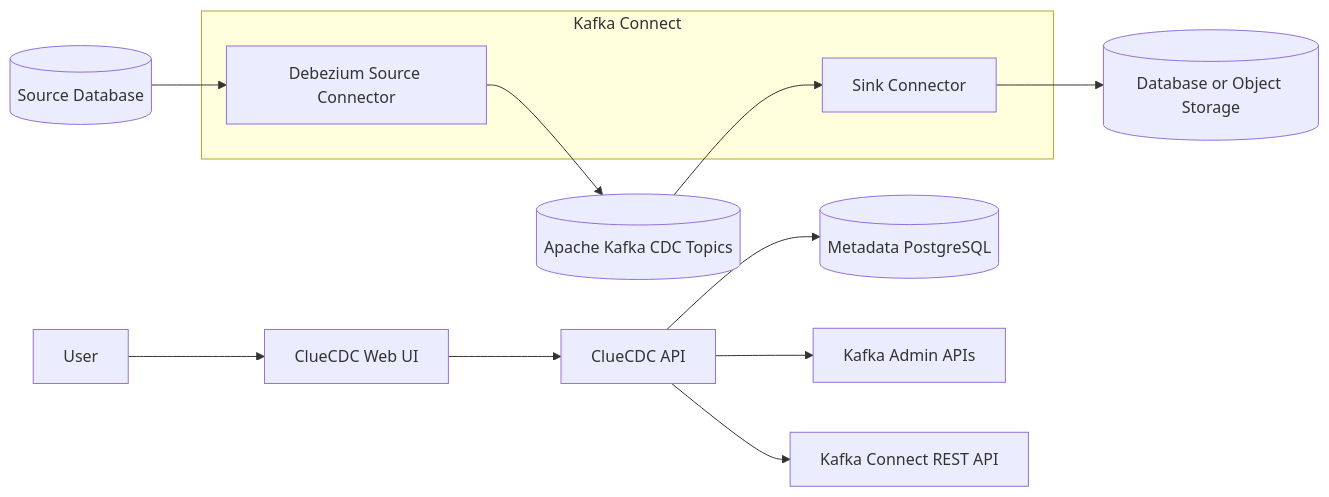
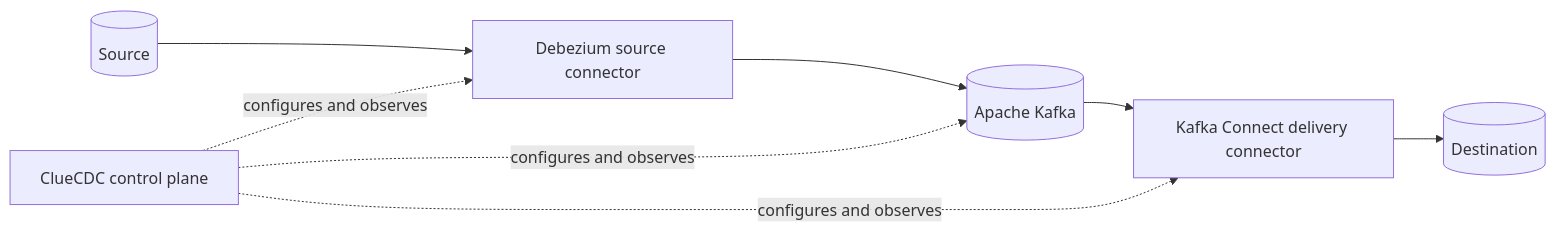
One commit to cluedata/cluecdc changed the diagram in README.md. Above: the diagram before and after it, drawn with Mermaid. The commit also changed other lines of this file and 27 other files, not shown here.

Commit message:
chore: prepare ClueCDC v0.1.0

````diff
--- a/README.md
+++ b/README.md
@@ -19,17 +21,10 @@
 ```mermaid
 flowchart LR
-  User[User] --> UI[ClueCDC Web UI]
-  UI --> API[ClueCDC API]
-  API --> Metadata[(Metadata PostgreSQL)]
-  API --> Kafka[Kafka Admin APIs]
-  API --> Connect[Kafka Connect REST API]
-
-  subgraph ConnectCluster[Kafka Connect]
-    DBZ[Debezium Source Connector]
-    Sink[Sink Connector]
-  end
-  Source[(Source Database)] --> DBZ
-  DBZ --> Topics[(Apache Kafka CDC Topics)]
-  Topics --> Sink
-  Sink --> Destination[(Database or Object Storage)]
+  Source[(Source)] --> Debezium[Debezium source connector]
+  Debezium --> Kafka[(Apache Kafka)]
+  Kafka --> Delivery[Kafka Connect delivery connector]
+  Delivery --> Destination[(Destination)]
+  ClueCDC[ClueCDC control plane] -. configures and observes .-> Debezium
+  ClueCDC -. configures and observes .-> Kafka
+  ClueCDC -. configures and observes .-> Delivery
 ```
````
